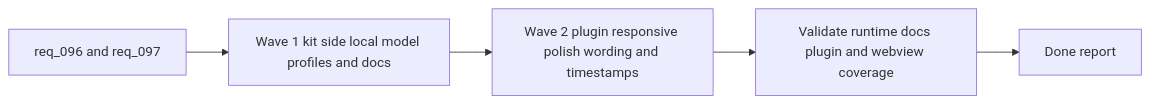
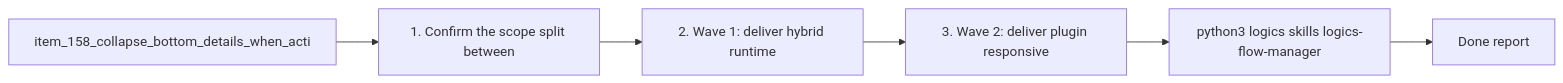
Before and after one commit to AlexAgo83/logics-manager: the diagram in logics/tasks/task_101_orchestration_delivery_for_req_096_and_req_097_plugin_polish_and_hybrid_local_model_profile_flexibility.md, drawn with Mermaid. The commit also changed other lines of this file and 481 other files, not shown here.

````diff
--- a/logics/tasks/task_101_orchestration_delivery_for_req_096_and_req_097_plugin_polish_and_hybrid_local_model_profile_flexibility.md
+++ b/logics/tasks/task_101_orchestration_delivery_for_req_096_and_req_097_plugin_polish_and_hybrid_local_model_profile_flexibility.md
@@ -35,9 +35,10 @@
 ```mermaid
 %% logics-kind: task
 %% logics-signature: task|orchestration-delivery-for-req-096-and-r|item-158-collapse-bottom-details-when-ac|1-confirm-the-scope-split-between|python3-logics-skills-logics-flow-manage
 flowchart LR
-    Start[req_096 and req_097] --> Wave1[Wave 1 kit side local model profiles and docs]
-    Wave1 --> Wave2[Wave 2 plugin responsive polish wording and timestamps]
-    Wave2 --> Validate[Validate runtime docs plugin and webview coverage]
-    Validate --> Report[Done report]
+    Backlog[item_158_collapse_bottom_details_when_acti] --> Step1[1. Confirm the scope split between]
+    Step1 --> Step2[2. Wave 1: deliver hybrid runtime]
+    Step2 --> Step3[3. Wave 2: deliver plugin responsive]
+    Step3 --> Validation[python3 logics skills logics-flow-manager]
+    Validation --> Report[Done report]
 ```
````
